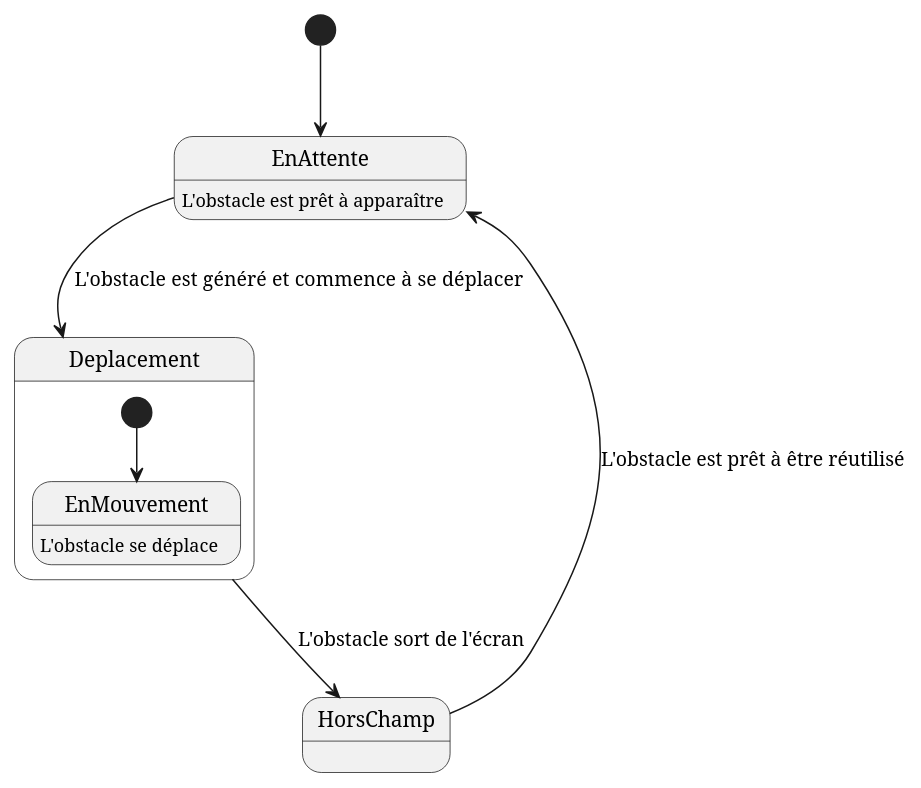
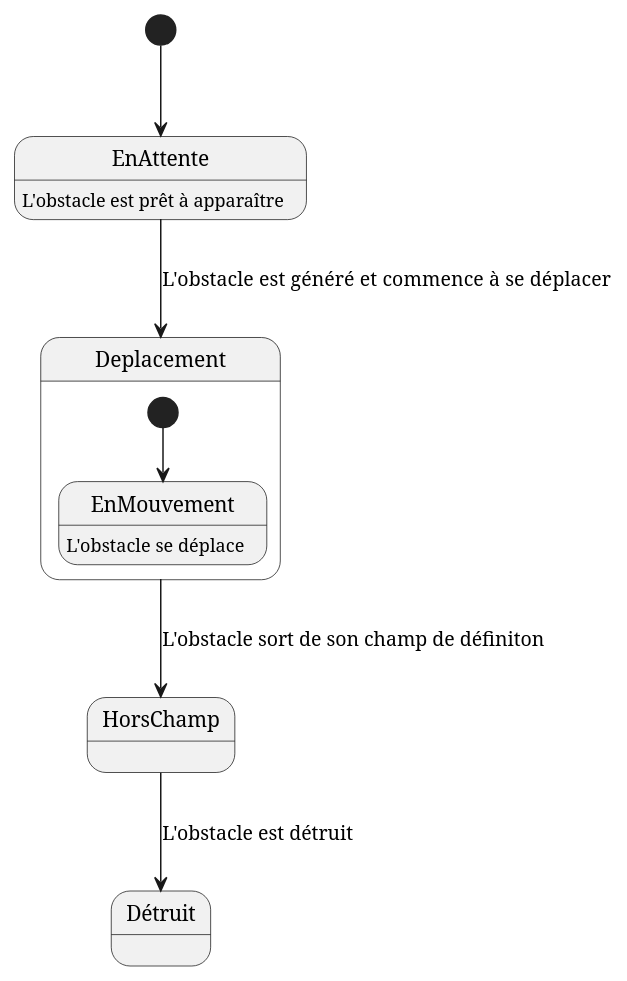
One commit to LosVerinos/Crossy-Road changed the diagram in Diagram/StateDiagram/ObstacleState.puml. Above: the diagram before and after it, drawn with PlantUML. The commit also changed 3 other files, not shown here.

Commit message:
update des diagrammes d'état

```diff
--- a/Diagram/StateDiagram/ObstacleState.puml
+++ b/Diagram/StateDiagram/ObstacleState.puml
@@ -1,13 +1,13 @@
 @startuml
 [*] --> EnAttente
 EnAttente : L'obstacle est prêt à apparaître
 
 EnAttente --> Deplacement : L'obstacle est généré et commence à se déplacer
-Deplacement --> HorsChamp : L'obstacle sort de l'écran
-HorsChamp --> EnAttente : L'obstacle est prêt à être réutilisé
+Deplacement --> HorsChamp : L'obstacle sort de son champ de définiton
+HorsChamp --> Détruit : L'obstacle est détruit
 
 state Deplacement {
     [*] --> EnMouvement
     EnMouvement : L'obstacle se déplace
 }
 @enduml
```
